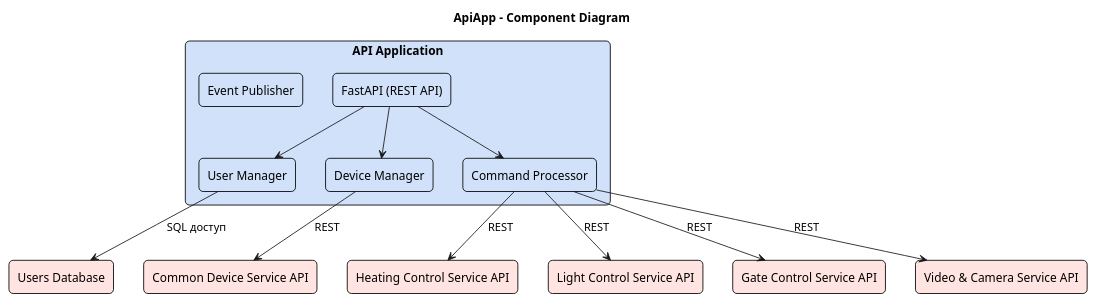
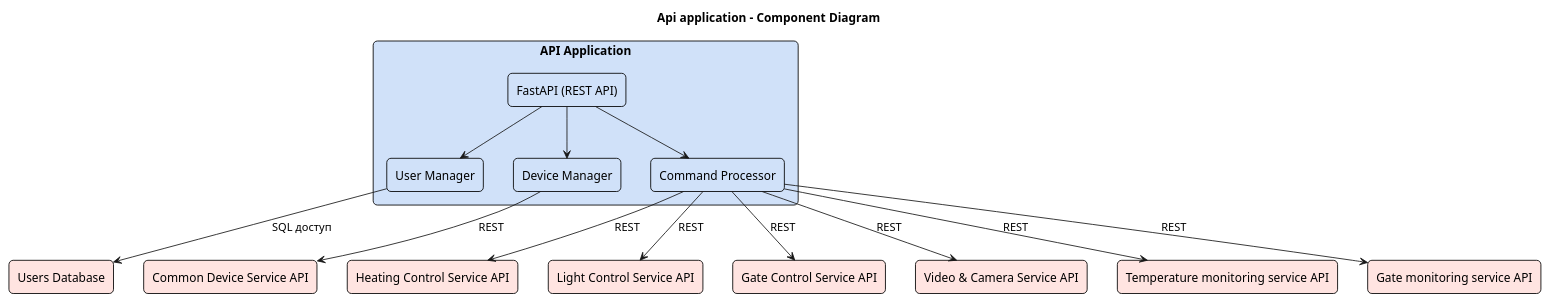
Before and after one commit to alexeypodbelsky/alexp_warm_house: the fourth of 21 diagrams in README.md, drawn with PlantUML. The commit also changed other lines of this file and 3 other files, not shown here.

Commit message:
добавлены и обновлены диаграммы

````diff
--- a/README.md
+++ b/README.md
@@ -232,41 +232,44 @@
 ```puml
 
 @startuml
-title ApiApp - Component Diagram
+title Api application - Component Diagram
 
 skinparam rectangle {
   BackgroundColor #D0E1F9
   BorderColor black
   BorderThickness 1
   RoundCorner 10
 }
 
 rectangle "API Application" as ApiApp {
   rectangle "FastAPI (REST API)" as fastApi
   rectangle "User Manager" as userManager
   rectangle "Device Manager" as deviceManager
   rectangle "Command Processor" as commandProcessor
-  rectangle "Event Publisher" as eventPublisher
 }
 
 rectangle "Users Database" as usersDb #FFE4E1
 rectangle "Common Device Service API" as commonDeviceApi #FFE4E1
 rectangle "Heating Control Service API" as heatingControlApi #FFE4E1
 rectangle "Light Control Service API" as lightControlApi #FFE4E1
 rectangle "Gate Control Service API" as gateControlApi #FFE4E1
 rectangle "Video & Camera Service API" as videoCameraApi #FFE4E1
+rectangle "Temperature monitoring service API" as temperatureMonitoringApi #FFE4E1
+rectangle "Gate monitoring service API" as gateMonitoringApi #FFE4E1
 
 fastApi --> userManager 
 fastApi --> deviceManager
 fastApi --> commandProcessor
 
 userManager --> usersDb : SQL доступ
 deviceManager --> commonDeviceApi : REST
 commandProcessor --> heatingControlApi : REST
 commandProcessor --> lightControlApi : REST
 commandProcessor --> gateControlApi : REST
 commandProcessor --> videoCameraApi : REST
+commandProcessor --> temperatureMonitoringApi : REST
+commandProcessor --> gateMonitoringApi : REST
 
 @enduml
 
 ```
````
